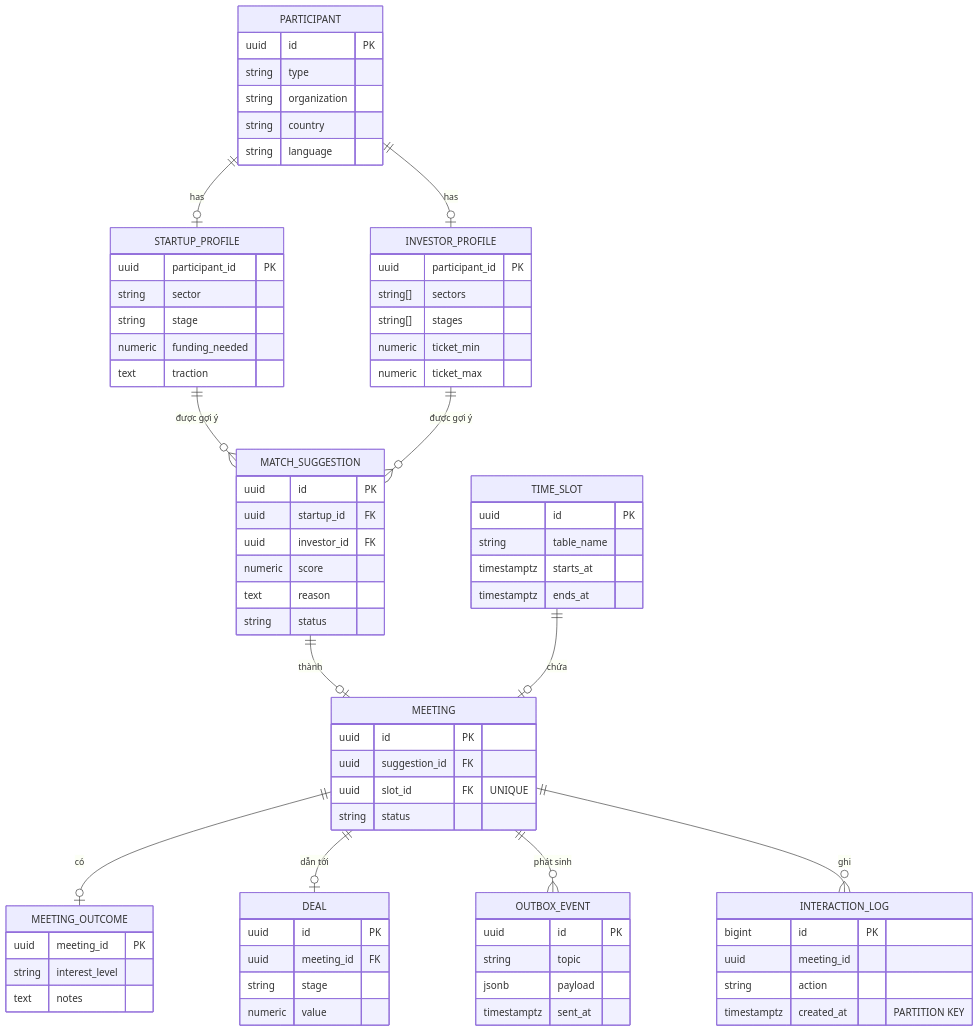
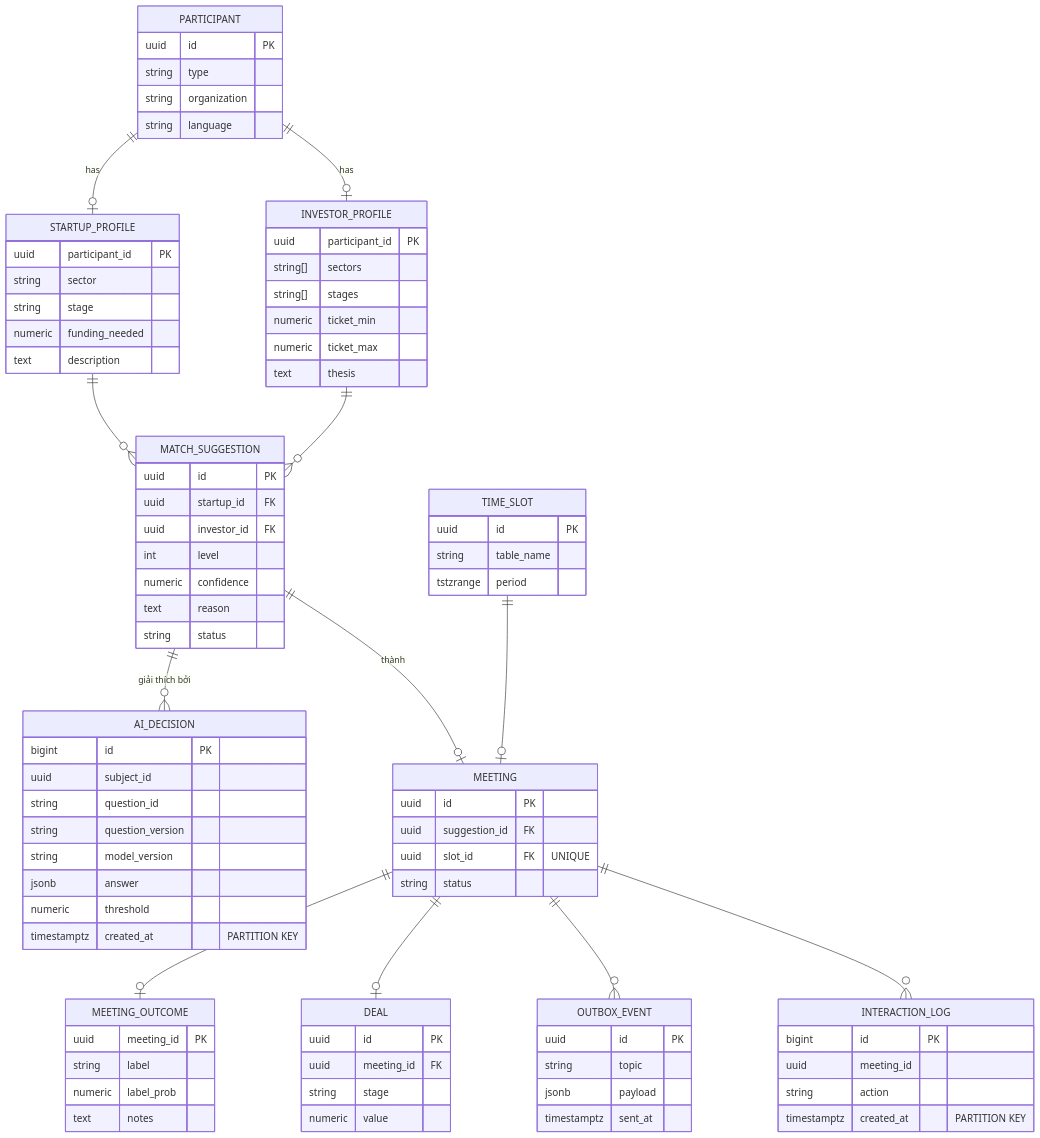
One commit to Trung1234/davas-matching changed the ninth of 10 diagrams in README.md. Above: the diagram before and after it, drawn with Mermaid. The commit also changed other lines of this file, not shown here.

```diff
--- a/README.md
+++ b/README.md
@@ -197,20 +491,20 @@
 erDiagram
     PARTICIPANT ||--o| STARTUP_PROFILE : has
     PARTICIPANT ||--o| INVESTOR_PROFILE : has
-    STARTUP_PROFILE ||--o{ MATCH_SUGGESTION : "được gợi ý"
-    INVESTOR_PROFILE ||--o{ MATCH_SUGGESTION : "được gợi ý"
+    STARTUP_PROFILE ||--o{ MATCH_SUGGESTION : ""
+    INVESTOR_PROFILE ||--o{ MATCH_SUGGESTION : ""
+    MATCH_SUGGESTION ||--o{ AI_DECISION : "giải thích bởi"
     MATCH_SUGGESTION ||--o| MEETING : "thành"
-    TIME_SLOT ||--o| MEETING : "chứa"
-    MEETING ||--o| MEETING_OUTCOME : "có"
-    MEETING ||--o| DEAL : "dẫn tới"
-    MEETING ||--o{ OUTBOX_EVENT : "phát sinh"
-    MEETING ||--o{ INTERACTION_LOG : "ghi"
+    TIME_SLOT ||--o| MEETING : ""
+    MEETING ||--o| MEETING_OUTCOME : ""
+    MEETING ||--o| DEAL : ""
+    MEETING ||--o{ OUTBOX_EVENT : ""
+    MEETING ||--o{ INTERACTION_LOG : ""
 
     PARTICIPANT {
         uuid id PK
         string type
         string organization
-        string country
         string language
     }
     STARTUP_PROFILE {
@@ -218,7 +512,7 @@
         string sector
         string stage
         numeric funding_needed
-        text traction
+        text description
     }
     INVESTOR_PROFILE {
         uuid participant_id PK
@@ -226,20 +520,31 @@
         string[] stages
         numeric ticket_min
         numeric ticket_max
+        text thesis
     }
     MATCH_SUGGESTION {
         uuid id PK
         uuid startup_id FK
         uuid investor_id FK
-        numeric score
+        int level
+        numeric confidence
         text reason
         string status
+    }
+    AI_DECISION {
+        bigint id PK
+        uuid subject_id
+        string question_id
+        string question_version
+        string model_version
+        jsonb answer
+        numeric threshold
+        timestamptz created_at "PARTITION KEY"
     }
     TIME_SLOT {
         uuid id PK
         string table_name
-        timestamptz starts_at
-        timestamptz ends_at
+        tstzrange period
     }
     MEETING {
         uuid id PK
@@ -249,7 +554,8 @@
     }
     MEETING_OUTCOME {
         uuid meeting_id PK
-        string interest_level
+        string label
+        numeric label_prob
         text notes
     }
     DEAL {
```
